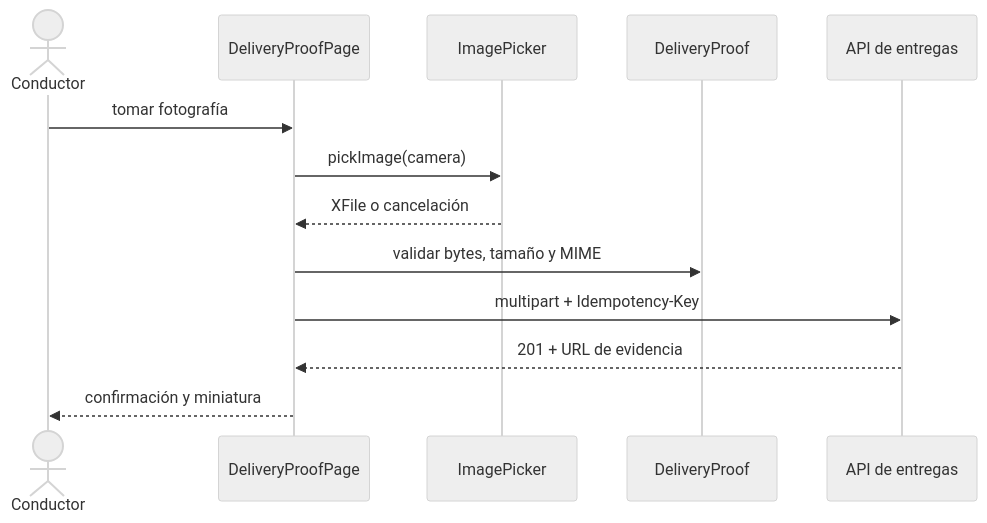
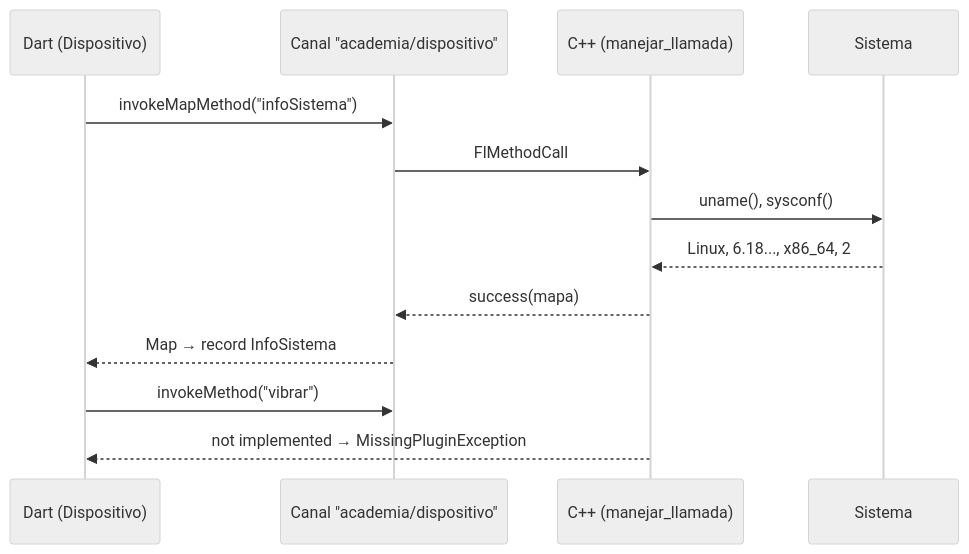
Before and after one commit to NICORUIZ93/The_Imperial_Book: the first of 5 diagrams in web/public/content/flutter/modulo-7.md, drawn with Mermaid (neutral theme). The commit also changed other lines of this file and 5 other files, not shown here.

````diff
--- a/web/public/content/flutter/modulo-7.md
+++ b/web/public/content/flutter/modulo-7.md
@@ -461,15 +147,15 @@
 ```mermaid
 sequenceDiagram
-  actor C as Conductor
-  participant UI as DeliveryProofPage
-  participant P as ImagePicker
-  participant D as DeliveryProof
-  participant API as API de entregas
-  C->>UI: tomar fotografía
-  UI->>P: pickImage(camera)
-  P-->>UI: XFile o cancelación
-  UI->>D: validar bytes, tamaño y MIME
-  UI->>API: multipart + Idempotency-Key
-  API-->>UI: 201 + URL de evidencia
-  UI-->>C: confirmación y miniatura
+    participant D as Dart (Dispositivo)
+    participant C as Canal "academia/dispositivo"
+    participant N as C++ (manejar_llamada)
+    participant S as Sistema
+    D->>C: invokeMapMethod("infoSistema")
+    C->>N: FlMethodCall
+    N->>S: uname(), sysconf()
+    S-->>N: Linux, 6.18..., x86_64, 2
+    N-->>C: success(mapa)
+    C-->>D: Map → record InfoSistema
+    D->>C: invokeMethod("vibrar")
+    N-->>D: not implemented → MissingPluginException
 ```
````
